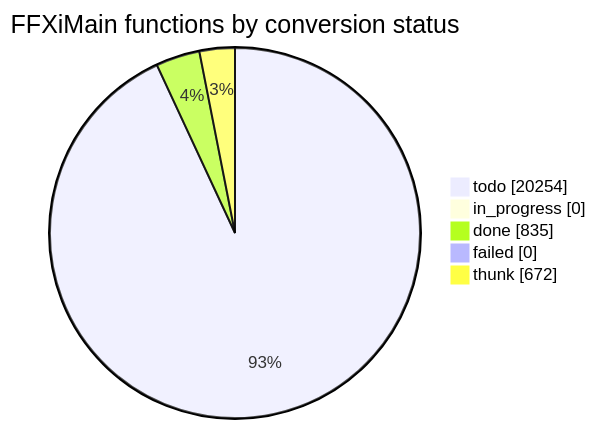
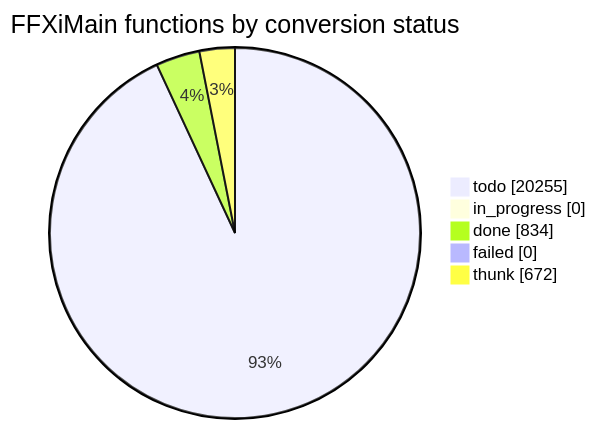
Before and after one commit to cowrevenge/cow_kuluu_xi_anything: the diagram in docs/cow/STATUS.md, drawn with Mermaid. The commit also changed other lines of this file and 21 other files, not shown here.

````diff
--- a/docs/cow/STATUS.md
+++ b/docs/cow/STATUS.md
@@ -18,9 +21,9 @@
 ```mermaid
 pie showData
     title FFXiMain functions by conversion status
-    "todo" : 20254
+    "todo" : 20255
     "in_progress" : 0
-    "done" : 835
+    "done" : 834
     "failed" : 0
     "thunk" : 672
 ```
````
